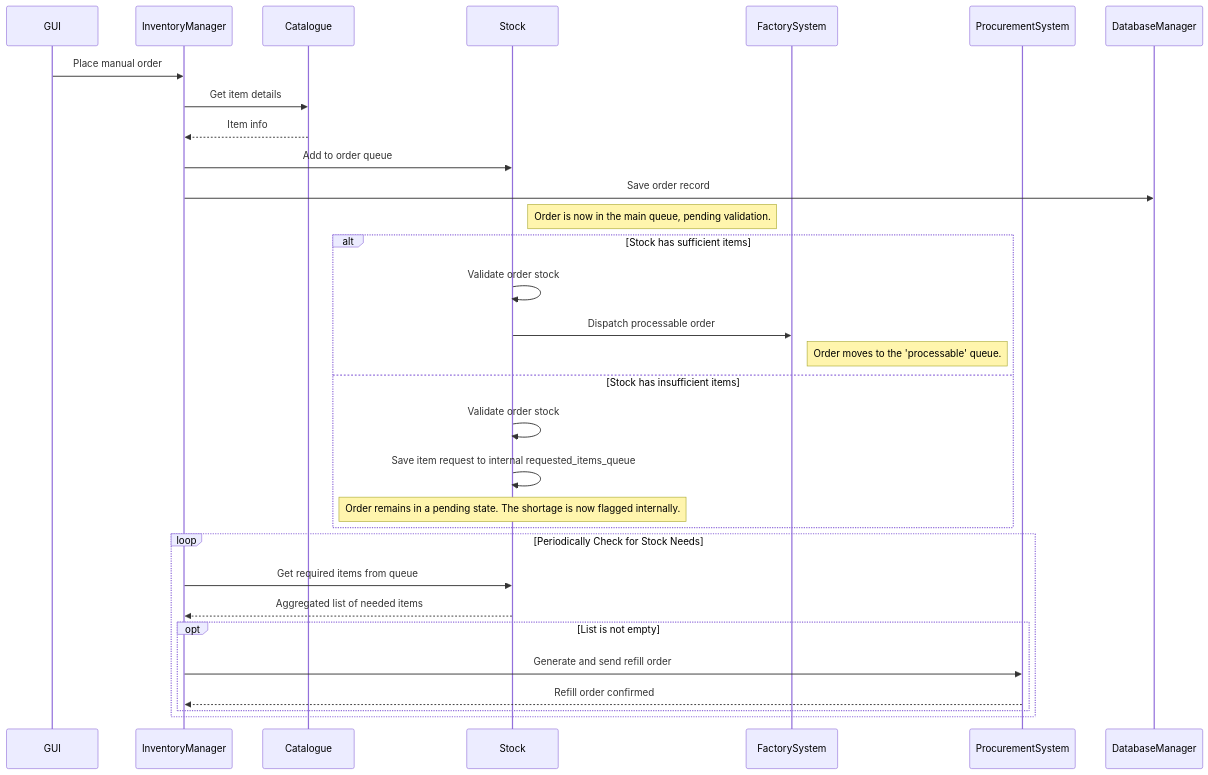
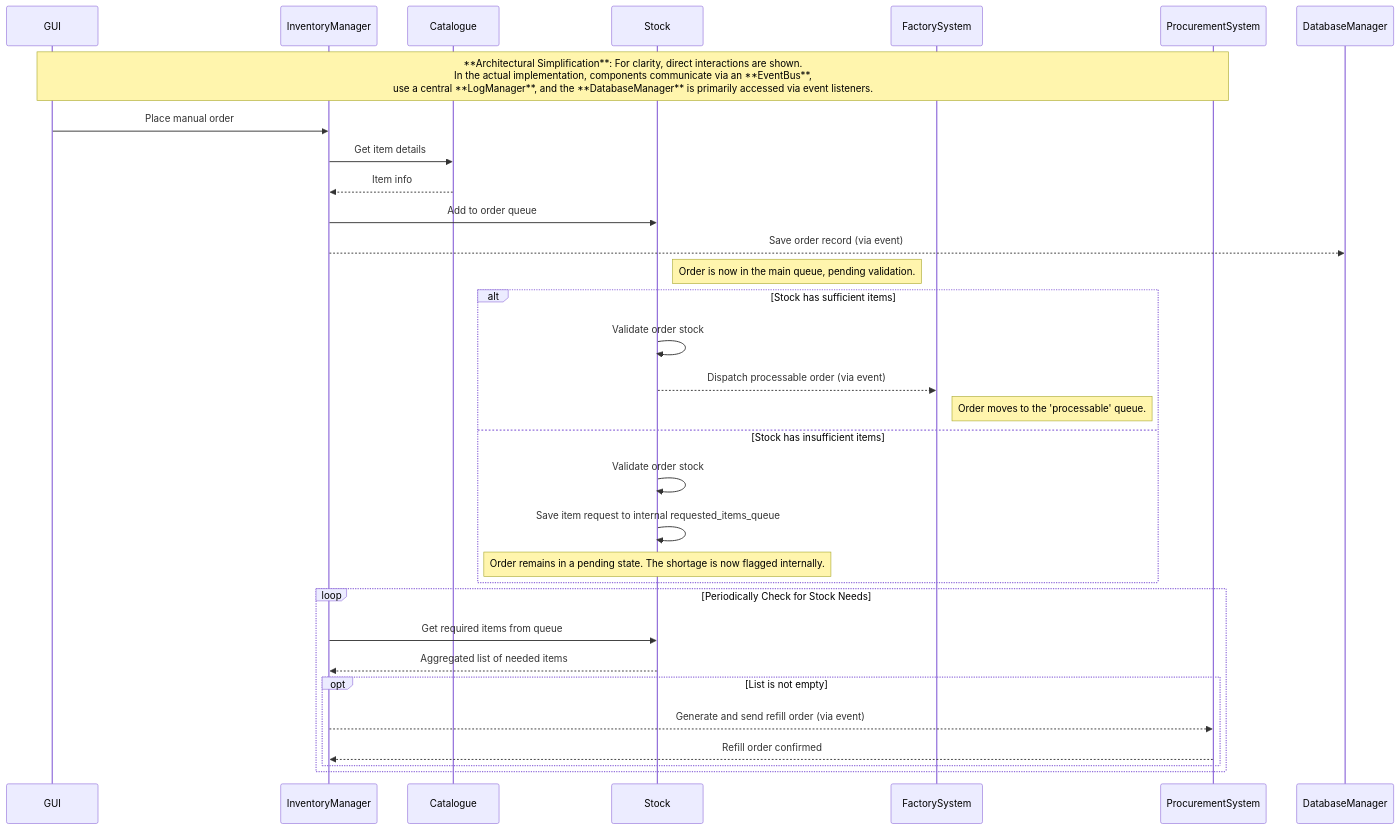
Before and after one commit to joonaMakiKorte/MaterialFlow: the second of 2 diagrams in docs/simulation-flow.md, drawn with Mermaid. The commit also changed other lines of this file, not shown here.

Commit message:
Enhance simulation flow with DatabaseManager and events
Added DatabaseManager participant and updated interactions to reflect event-driven architecture.

````diff
--- a/docs/simulation-flow.md
+++ b/docs/simulation-flow.md
@@ -35,42 +37,48 @@
 ```mermaid
 sequenceDiagram
     participant GUI
     participant InventoryManager
     participant Catalogue
     participant Stock
     participant FactorySystem
     participant ProcurementSystem
     participant DatabaseManager
 
+    Note over GUI, ProcurementSystem: **Architectural Simplification**: For clarity, direct interactions are shown.<br/>In the actual implementation, components communicate via an **EventBus**,<br/>use a central **LogManager**, and the **DatabaseManager** is primarily accessed via event listeners.
+
     %% --- Section 1: Placing a New Order ---
     GUI->>InventoryManager: Place manual order
     InventoryManager->>Catalogue: Get item details
     Catalogue-->>InventoryManager: Item info
 
     InventoryManager->>Stock: Add to order queue
-    InventoryManager->>DatabaseManager: Save order record
+    
+    %% The arrow is now dashed to show an asynchronous event emission
+    InventoryManager-->>DatabaseManager: Save order record (via event)
     Note right of Stock: Order is now in the main queue, pending validation.
 
     %% --- Section 2: Stock's Internal Processing of the Order ---
     alt Stock has sufficient items
         Stock->>Stock: Validate order stock
-        Stock->>FactorySystem: Dispatch processable order
+        %% This is also likely an event
+        Stock-->>FactorySystem: Dispatch processable order (via event)
         Note right of FactorySystem: Order moves to the 'processable' queue.
 
     else Stock has insufficient items
         Stock->>Stock: Validate order stock
         Stock->>Stock: Save item request to internal requested_items_queue
         Note over Stock: Order remains in a pending state. The shortage is now flagged internally.
     end
 
     %% --- Section 3: InventoryManager's Refill Management Loop ---
     loop Periodically Check for Stock Needs
         InventoryManager->>Stock: Get required items from queue
         Stock-->>InventoryManager: Aggregated list of needed items
         
         opt List is not empty
-            InventoryManager->>ProcurementSystem: Generate and send refill order
+            %% This is also likely an event
+            InventoryManager-->>ProcurementSystem: Generate and send refill order (via event)
             ProcurementSystem-->>InventoryManager: Refill order confirmed
         end
     end
 ```
````
